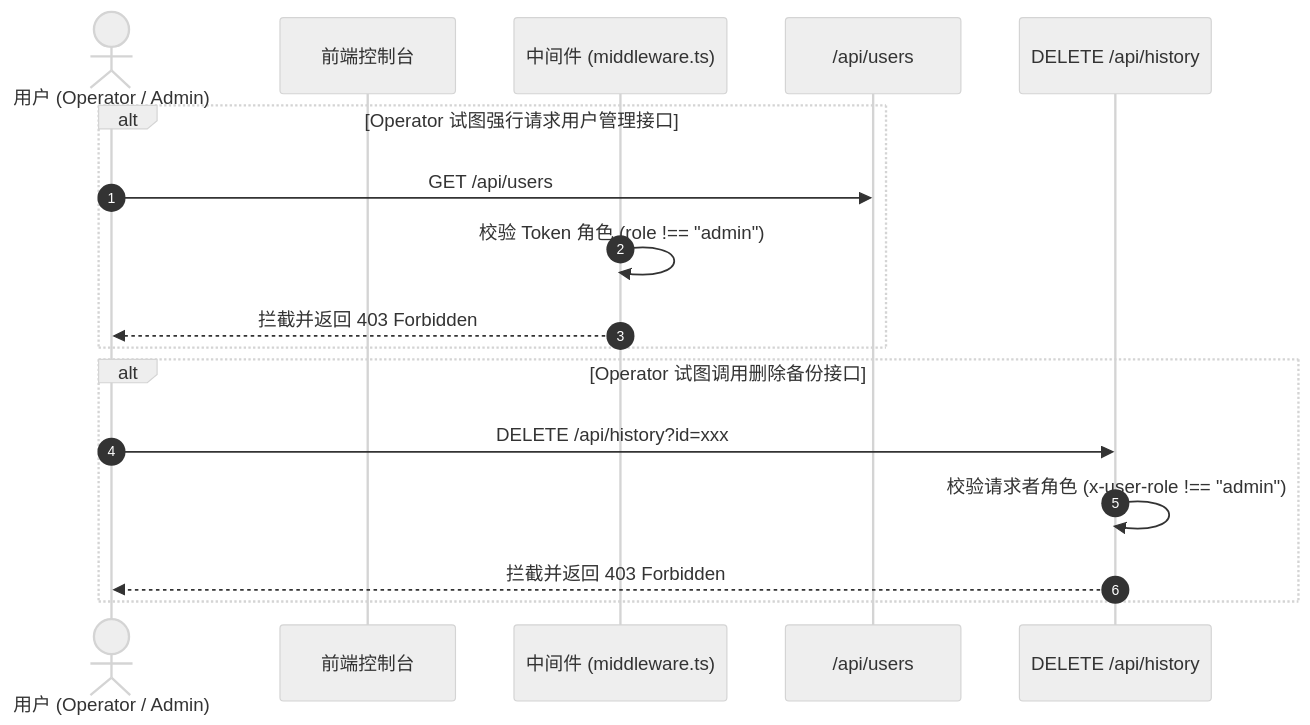
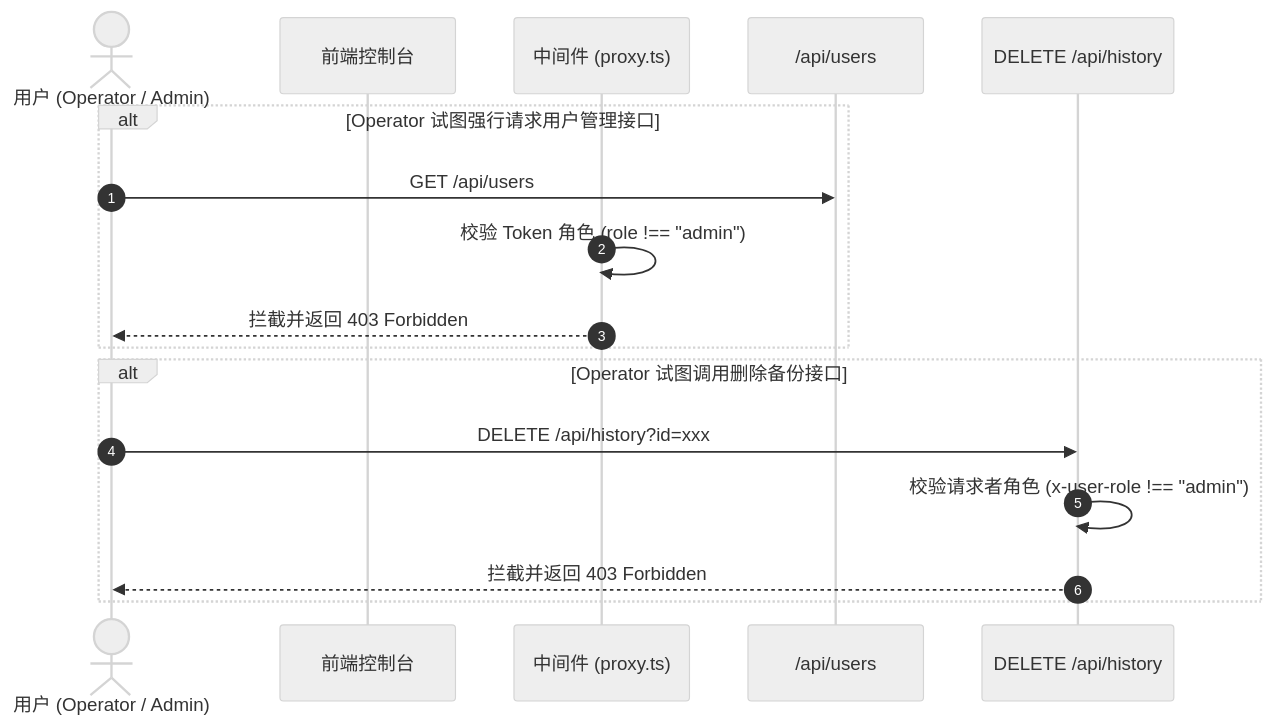
One commit to weiyang0903/autobackup changed the second of 2 diagrams in docs/AUTHENTICATION_AND_USER_MANAGEMENT.md. Above: the diagram before and after it, drawn with Mermaid (neutral theme). The commit also changed other lines of this file and 16 other files, not shown here.

````diff
--- a/docs/AUTHENTICATION_AND_USER_MANAGEMENT.md
+++ b/docs/AUTHENTICATION_AND_USER_MANAGEMENT.md
@@ -71,21 +71,21 @@
 ```mermaid
 sequenceDiagram
     autonumber
     actor User as 用户 (Operator / Admin)
     participant UI as 前端控制台
-    participant MW as 中间件 (middleware.ts)
+    participant MW as 中间件 (proxy.ts)
     participant UserAPI as /api/users
     participant HistoryAPI as DELETE /api/history
 
     alt Operator 试图强行请求用户管理接口
         User->>UserAPI: GET /api/users
         MW->>MW: 校验 Token 角色 (role !== "admin")
         MW-->>User: 拦截并返回 403 Forbidden
     end
 
     alt Operator 试图调用删除备份接口
         User->>HistoryAPI: DELETE /api/history?id=xxx
         HistoryAPI->>HistoryAPI: 校验请求者角色 (x-user-role !== "admin")
         HistoryAPI-->>User: 拦截并返回 403 Forbidden
     end
 ```
````
